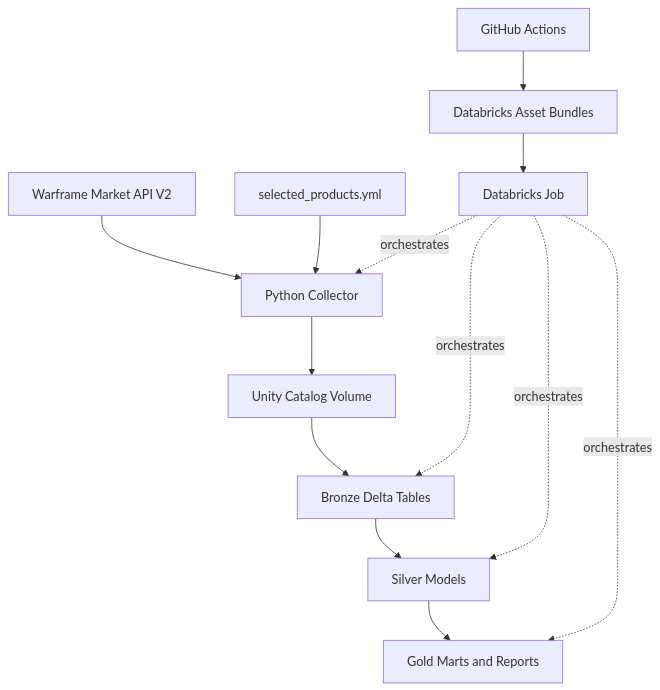
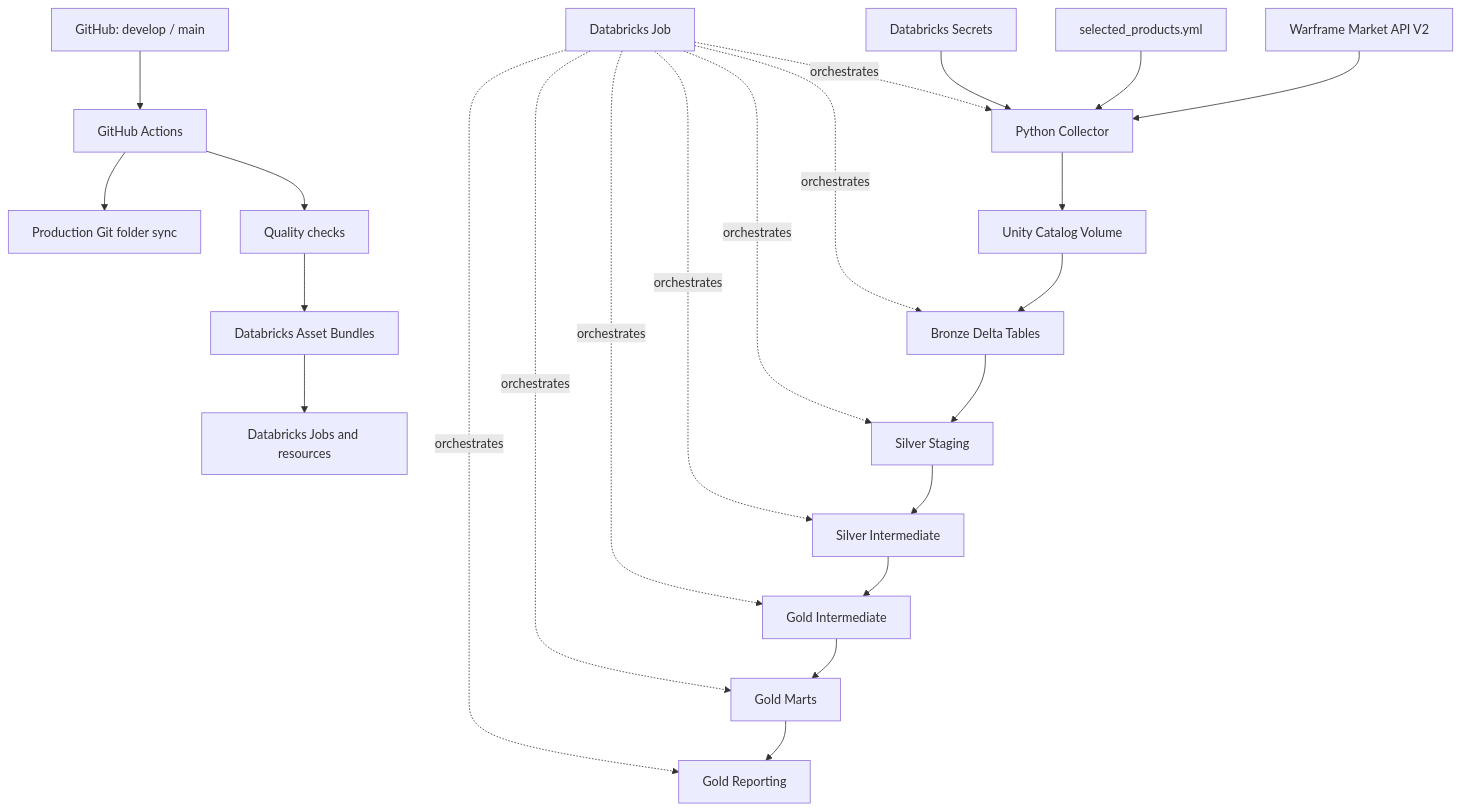
The diagram in README.md (tomas-torre/primo-data-platform), drawn with Mermaid before and after one commit. The commit also changed other lines of this file, not shown here.

````diff
--- a/README.md
+++ b/README.md
@@ -18,15 +25,28 @@
 ```mermaid
 flowchart TD
     A[Warframe Market API V2] --> B[Python Collector]
     C[selected_products.yml] --> B
-    B --> D[Unity Catalog Volume]
-    D --> E[Bronze Delta Tables]
-    E --> F[Silver Models]
-    F --> G[Gold Marts and Reports]
-    H[GitHub Actions] --> I[Databricks Asset Bundles]
-    I --> J[Databricks Job]
-    J -. orchestrates .-> B
-    J -. orchestrates .-> E
-    J -. orchestrates .-> F
-    J -. orchestrates .-> G
+    D[Databricks Secrets] --> B
+
+    B --> E[Unity Catalog Volume]
+    E --> F[Bronze Delta Tables]
+    F --> G[Silver Staging]
+    G --> H[Silver Intermediate]
+    H --> I[Gold Intermediate]
+    I --> J[Gold Marts]
+    J --> K[Gold Reporting]
+
+    L[Databricks Job] -. orchestrates .-> B
+    L -. orchestrates .-> F
+    L -. orchestrates .-> G
+    L -. orchestrates .-> H
+    L -. orchestrates .-> I
+    L -. orchestrates .-> J
+    L -. orchestrates .-> K
+
+    M[GitHub: develop / main] --> N[GitHub Actions]
+    N --> O[Quality checks]
+    O --> P[Databricks Asset Bundles]
+    P --> Q[Databricks Jobs and resources]
+    N --> R[Production Git folder sync]
 ```
````
